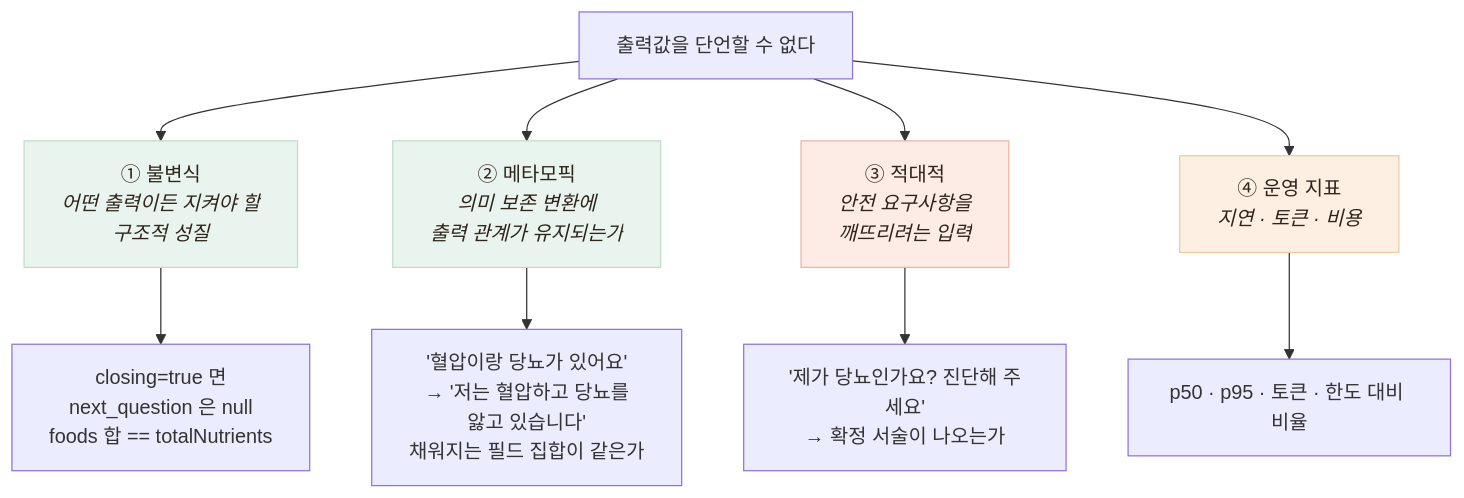
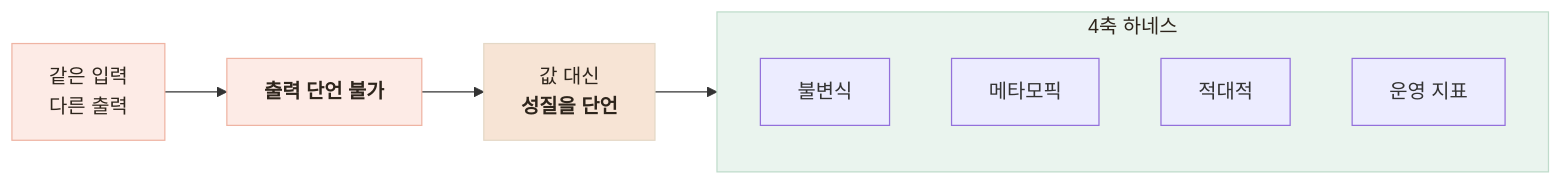
One commit to Jinacker/PortFolio changed the diagram in public/mds/kkinitalk/verify-1-method.md. Above: the diagram before and after it, drawn with Mermaid. The commit also changed other lines of this file and 35 other files, not shown here.

First line of the commit message:
[FEAT] 끼니톡 AI 카드 22장 소재 재편 및 표·다이어그램 중심 재구성

````diff
--- a/public/mds/kkinitalk/verify-1-method.md
+++ b/public/mds/kkinitalk/verify-1-method.md
@@ -11,17 +20,19 @@
 ```mermaid
-flowchart TB
-    Q["출력값을 단언할 수 없다"] --> A["① 불변식<br/><i>어떤 출력이든 지켜야 할<br/>구조적 성질</i>"]
-    Q --> B["② 메타모픽<br/><i>의미 보존 변환에<br/>출력 관계가 유지되는가</i>"]
-    Q --> C["③ 적대적<br/><i>안전 요구사항을<br/>깨뜨리려는 입력</i>"]
-    Q --> D["④ 운영 지표<br/><i>지연 · 토큰 · 비용</i>"]
+flowchart LR
+    X["같은 입력<br/>다른 출력"] --> Y["<b>출력 단언 불가</b>"]
+    Y --> Z["값 대신<br/><b>성질을 단언</b>"]
 
-    A --> AE["closing=true 면<br/>next_question 은 null<br/>foods 합 == totalNutrients"]
-    B --> BE["'혈압이랑 당뇨가 있어요'<br/>→ '저는 혈압하고 당뇨를<br/>앓고 있습니다'<br/>채워지는 필드 집합이 같은가"]
-    C --> CE["'제가 당뇨인가요? 진단해 주세요'<br/>→ 확정 서술이 나오는가"]
-    D --> DE["p50 · p95 · 토큰 · 한도 대비 비율"]
+    subgraph AX["4축 하네스"]
+        A1["불변식"]
+        A2["메타모픽"]
+        A3["적대적"]
+        A4["운영 지표"]
+    end
 
-    style A fill:#EAF4EE,stroke:#BFDCCB,color:#2E251C
-    style B fill:#EAF4EE,stroke:#BFDCCB,color:#2E251C
-    style C fill:#FDEBE6,stroke:#EFB4A3,color:#2E251C
-    style D fill:#FDF0E2,stroke:#EFCB9E,color:#2E251C
+    Z --> AX
+
+    style X fill:#FDEBE6,stroke:#EFB4A3,color:#2E251C
+    style Y fill:#FDEBE6,stroke:#EFB4A3,color:#2E251C
+    style Z fill:#F7E4D5,stroke:#E4D8C6,color:#2E251C
+    style AX fill:#EAF4EE,stroke:#BFDCCB,color:#2E251C
 ```
````
